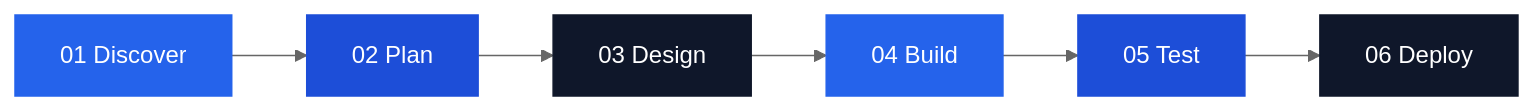
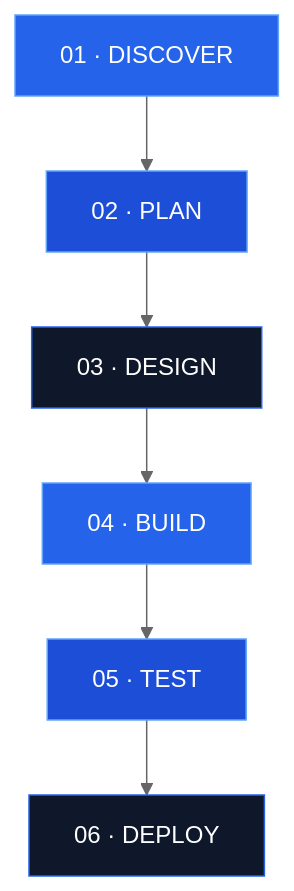
Before and after one commit to sudharshanps/Sudharshan_tech-Portfolio: the diagram in README.md, drawn with Mermaid (neutral theme). The commit also changed other lines of this file, not shown here.

````diff
--- a/README.md
+++ b/README.md
@@ -161,15 +155,15 @@
 ```mermaid
-flowchart LR
-    A["01 Discover"] --> B["02 Plan"]
-    B --> C["03 Design"]
-    C --> D["04 Build"]
-    D --> E["05 Test"]
-    E --> F["06 Deploy"]
+flowchart TD
+    A["01 · DISCOVER"] --> B["02 · PLAN"]
+    B --> C["03 · DESIGN"]
+    C --> D["04 · BUILD"]
+    D --> E["05 · TEST"]
+    E --> F["06 · DEPLOY"]
 
-    style A fill:#2563EB,color:#FFFFFF,stroke:#2563EB
-    style B fill:#1D4ED8,color:#FFFFFF,stroke:#1D4ED8
-    style C fill:#0F172A,color:#FFFFFF,stroke:#0F172A
-    style D fill:#2563EB,color:#FFFFFF,stroke:#2563EB
-    style E fill:#1D4ED8,color:#FFFFFF,stroke:#1D4ED8
-    style F fill:#0F172A,color:#FFFFFF,stroke:#0F172A
+    style A fill:#2563EB,color:#FFFFFF,stroke:#60A5FA
+    style B fill:#1D4ED8,color:#FFFFFF,stroke:#60A5FA
+    style C fill:#0F172A,color:#FFFFFF,stroke:#2563EB
+    style D fill:#2563EB,color:#FFFFFF,stroke:#60A5FA
+    style E fill:#1D4ED8,color:#FFFFFF,stroke:#60A5FA
+    style F fill:#0F172A,color:#FFFFFF,stroke:#2563EB
 ```
````
